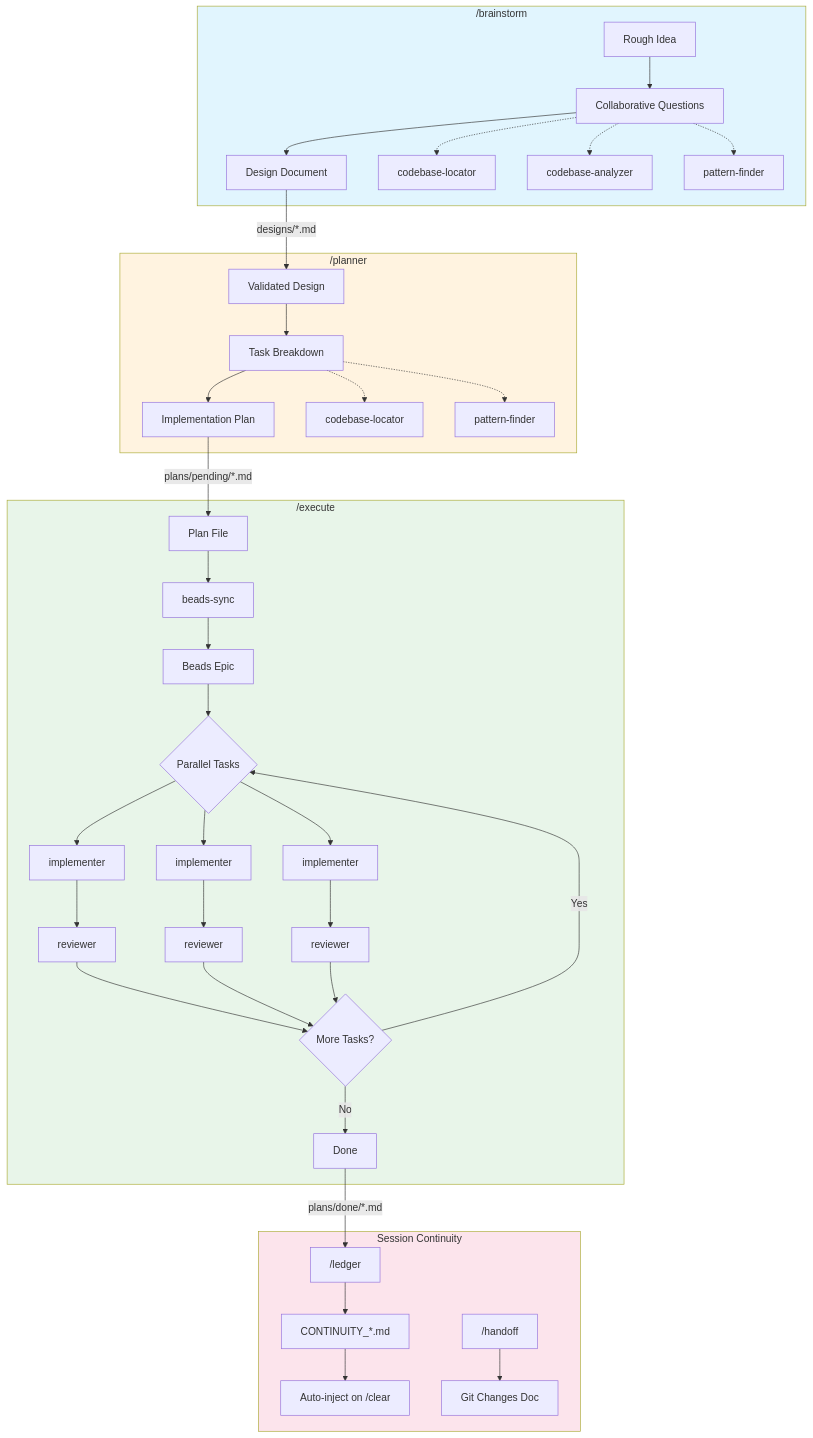
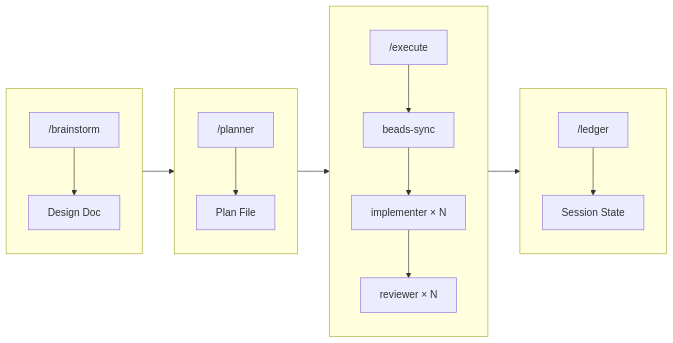
The first of 2 diagrams in README.md (StevenBock/claude-ledger), drawn with Mermaid before and after one commit. The commit also changed other lines of this file, not shown here.

Commit message:
Simplify Mermaid diagrams for better GitHub rendering

````diff
--- a/README.md
+++ b/README.md
@@ -32,47 +32,32 @@
 ```mermaid
-flowchart TB
-    subgraph Brainstorm["/brainstorm"]
-        B1[Rough Idea] --> B2[Collaborative Questions]
-        B2 --> B3[Design Document]
-        B2 -.-> R1[codebase-locator]
-        B2 -.-> R2[codebase-analyzer]
-        B2 -.-> R3[pattern-finder]
+flowchart LR
+    subgraph Phase1 [" "]
+        direction TB
+        B["/brainstorm"]
+        B --> B1[Design Doc]
     end
 
-    subgraph Plan["/planner"]
-        P1[Validated Design] --> P2[Task Breakdown]
-        P2 --> P3[Implementation Plan]
-        P2 -.-> R4[codebase-locator]
-        P2 -.-> R5[pattern-finder]
+    subgraph Phase2 [" "]
+        direction TB
+        P["/planner"]
+        P --> P1[Plan File]
     end
 
-    subgraph Implement["/execute"]
-        E1[Plan File] --> E2[beads-sync]
-        E2 --> E3[Beads Epic]
-        E3 --> E4{Parallel Tasks}
-        E4 --> E5[implementer]
-        E4 --> E6[implementer]
-        E4 --> E7[implementer]
-        E5 --> E8[reviewer]
-        E6 --> E9[reviewer]
-        E7 --> E10[reviewer]
-        E8 & E9 & E10 --> E11{More Tasks?}
-        E11 -->|Yes| E4
-        E11 -->|No| E12[Done]
+    subgraph Phase3 [" "]
+        direction TB
+        E["/execute"]
+        E --> E1[beads-sync]
+        E1 --> E2[implementer × N]
+        E2 --> E3[reviewer × N]
     end
 
-    subgraph Continuity[Session Continuity]
-        L1["/ledger"] --> L2[CONTINUITY_*.md]
-        L2 --> L3[Auto-inject on /clear]
-        H1["/handoff"] --> H2[Git Changes Doc]
+    subgraph Phase4 [" "]
+        direction TB
+        L["/ledger"]
+        L --> L1[Session State]
     end
 
-    B3 -->|"designs/*.md"| P1
-    P3 -->|"plans/pending/*.md"| E1
-    E12 -->|"plans/done/*.md"| L1
-
-    style Brainstorm fill:#e1f5fe
-    style Plan fill:#fff3e0
-    style Implement fill:#e8f5e9
-    style Continuity fill:#fce4ec
+    B1 --> P
+    P1 --> E
+    E3 --> L
 ```
````
